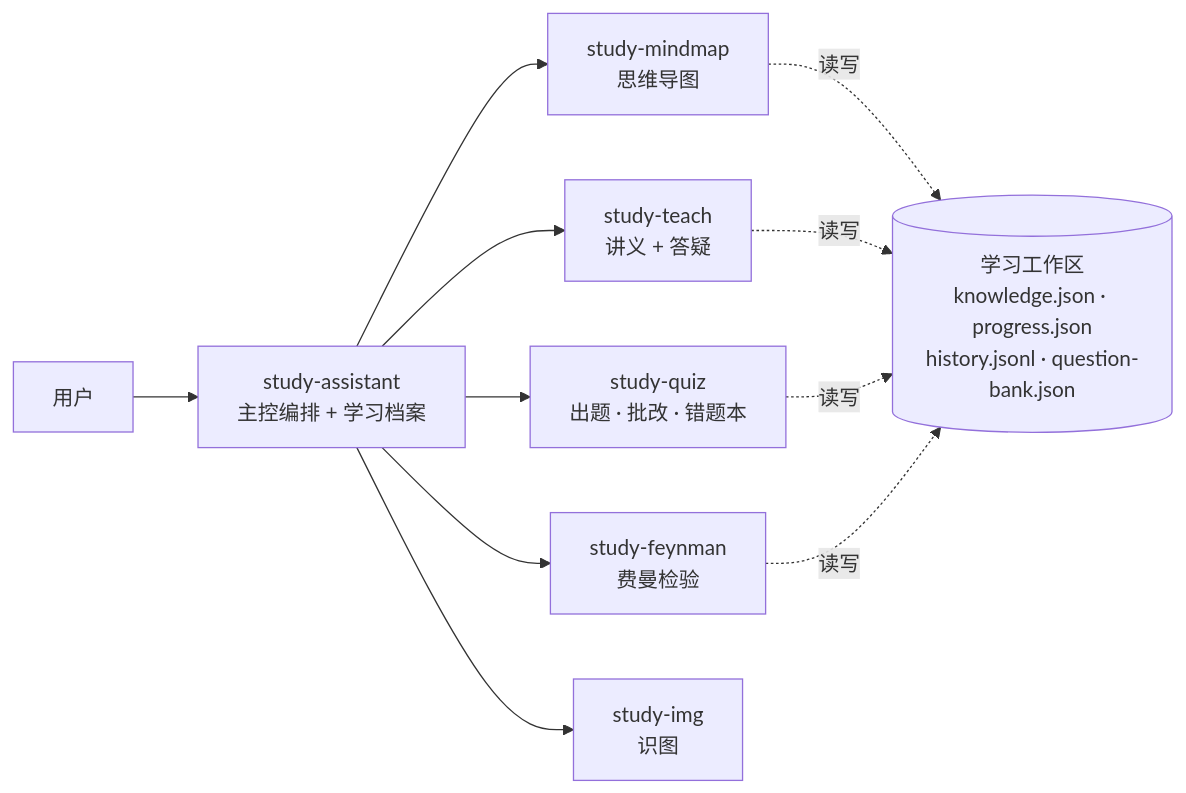
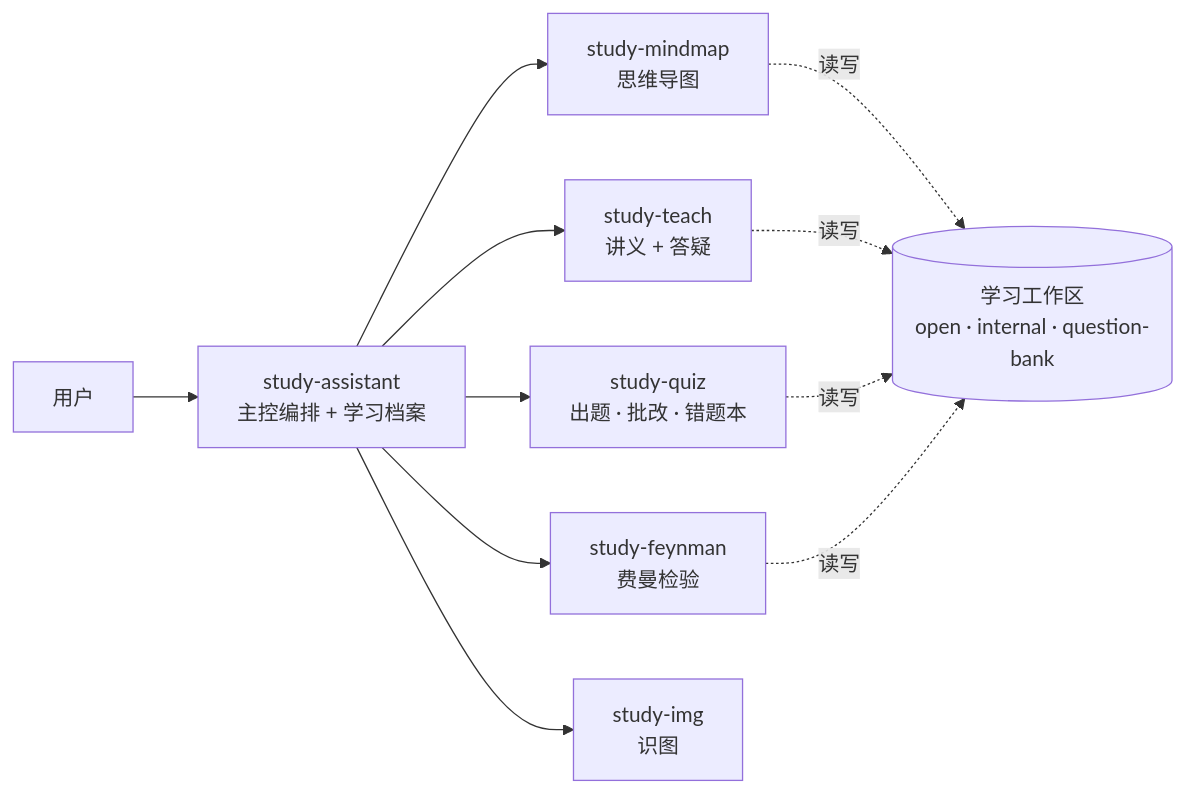
The diagram in README.md (2362094903-ops/study-assistant-skills), drawn with Mermaid before and after one commit. The commit also changed other lines of this file and 16 other files, not shown here.

````diff
--- a/README.md
+++ b/README.md
@@ -28,10 +30,10 @@
 ```mermaid
 flowchart LR
     U[用户] --> A[study-assistant<br/>主控编排 + 学习档案]
     A --> M[study-mindmap<br/>思维导图]
     A --> T[study-teach<br/>讲义 + 答疑]
     A --> Q[study-quiz<br/>出题 · 批改 · 错题本]
     A --> F[study-feynman<br/>费曼检验]
     A --> I[study-img<br/>识图]
-    M & T & Q & F -.读写.-> S[(学习工作区<br/>knowledge.json · progress.json<br/>history.jsonl · question-bank.json)]
+    M & T & Q & F -.读写.-> S[(学习工作区<br/>open · internal · question-bank)]
 ```
````
